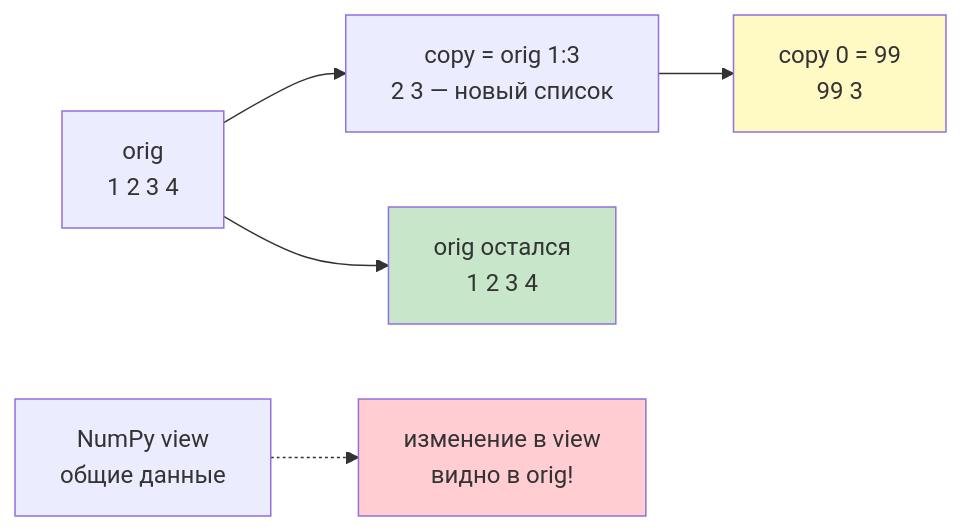
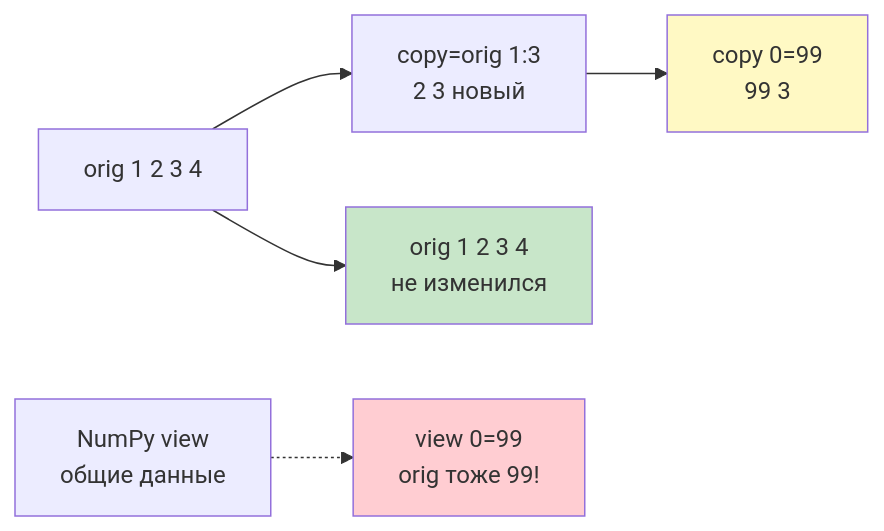
One commit to JayStorm228/College changed the second of 3 diagrams in 02_Курсы/01. Инженерные практики Python/01_Лекции/05. Срезы и объект slice.md. Above: the diagram before and after it, drawn with Mermaid. The commit also changed other lines of this file and 2 other files, not shown here.

````diff
--- a/02_Курсы/01. Инженерные практики Python/01_Лекции/05. Срезы и объект slice.md
+++ b/02_Курсы/01. Инженерные практики Python/01_Лекции/05. Срезы и объект slice.md
@@ -97,10 +83,10 @@
 ```mermaid
 flowchart LR
-  A[orig<br>1 2 3 4] --> B[copy = orig 1:3<br>2 3 — новый список]
-  B --> C[copy 0 = 99<br>99 3]
-  A --> D[orig остался<br>1 2 3 4]
-  E[NumPy view<br>общие данные] -.-> F[изменение в view<br>видно в orig!]
+  A[orig 1 2 3 4] --> B[copy=orig 1:3<br>2 3 новый]
+  B --> C[copy 0=99<br>99 3]
+  A --> D[orig 1 2 3 4<br>не изменился]
+  E[NumPy view<br>общие данные] -.-> F[view 0=99<br>orig тоже 99!]
   style D fill:#c8e6c9
   style C fill:#fff9c4
   style F fill:#ffcdd2
 ```
````
